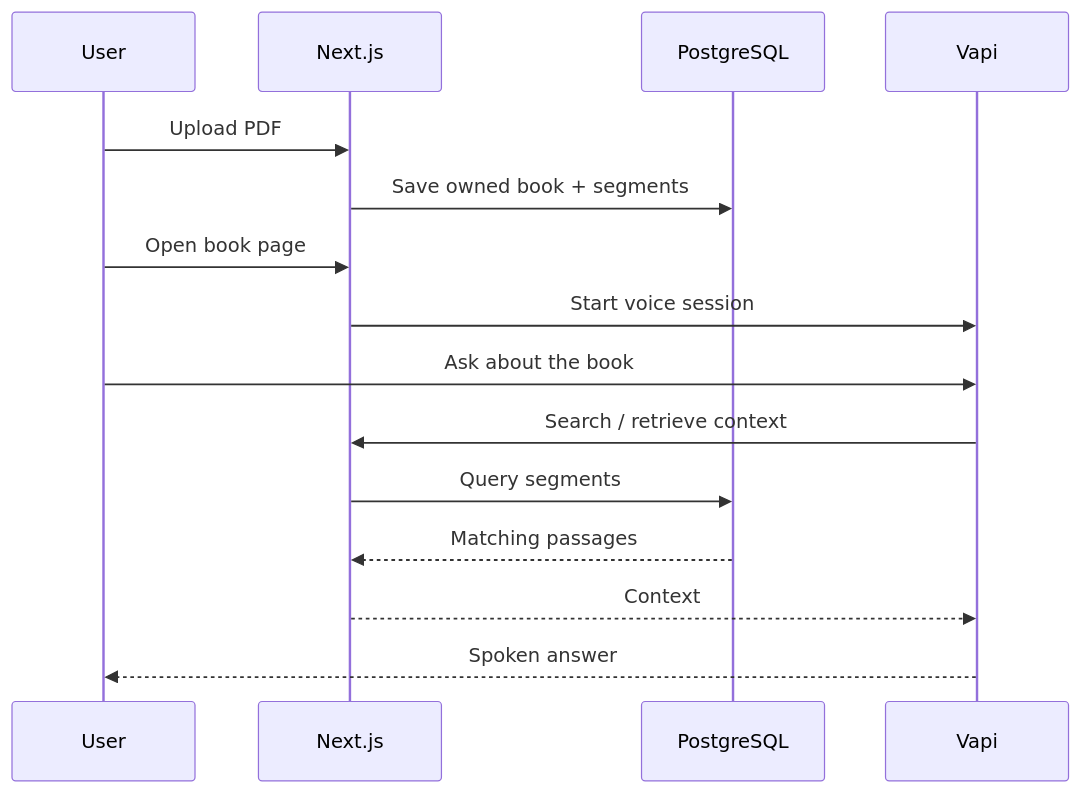
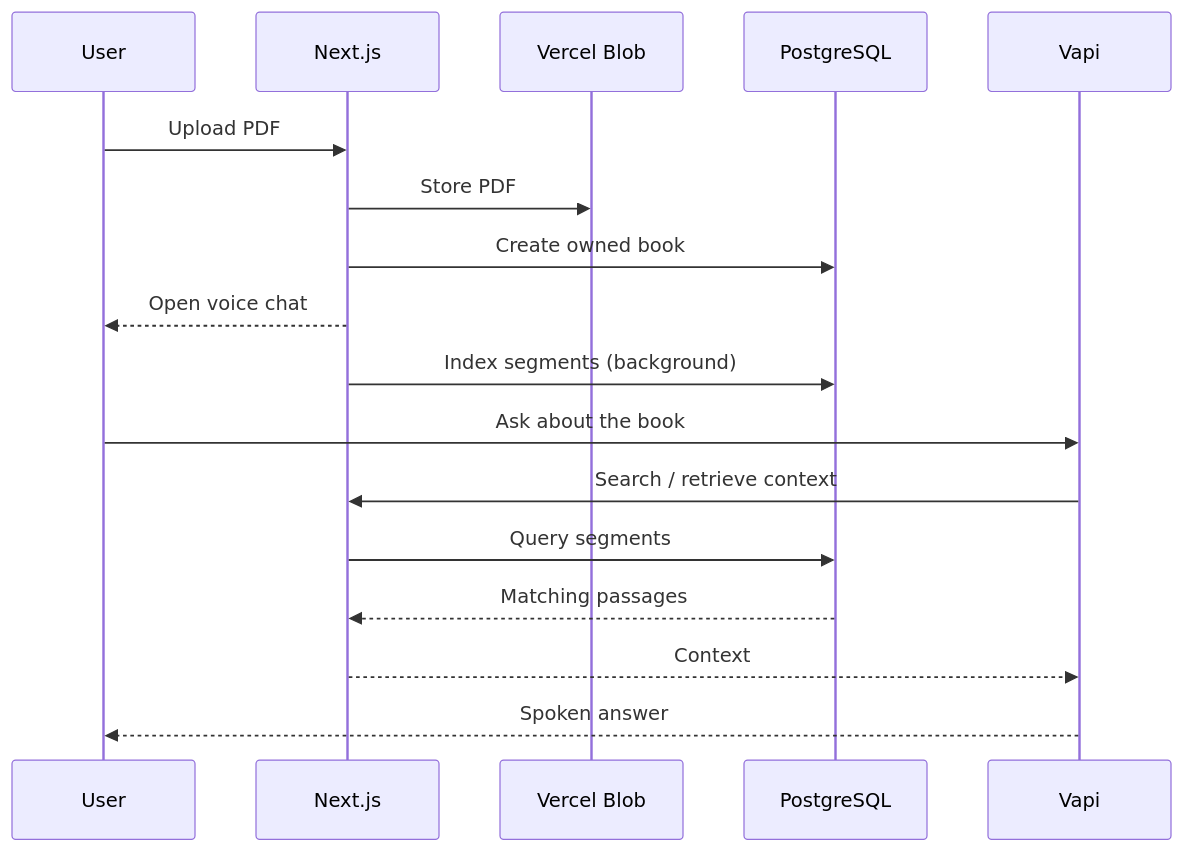
One commit to Bixal99/AIBookAssistant changed the second of 2 diagrams in README.md. Above: the diagram before and after it, drawn with Mermaid. The commit also changed other lines of this file, not shown here.

````diff
--- a/README.md
+++ b/README.md
@@ -129,18 +125,20 @@
 ```mermaid
 sequenceDiagram
   participant User
   participant Next as Next.js
+  participant Blob as Vercel Blob
   participant PG as PostgreSQL
   participant Vapi
 
   User->>Next: Upload PDF
-  Next->>PG: Save owned book + segments
-  User->>Next: Open book page
-  Next->>Vapi: Start voice session
+  Next->>Blob: Store PDF
+  Next->>PG: Create owned book
+  Next-->>User: Open voice chat
+  Next->>PG: Index segments (background)
   User->>Vapi: Ask about the book
   Vapi->>Next: Search / retrieve context
   Next->>PG: Query segments
   PG-->>Next: Matching passages
   Next-->>Vapi: Context
   Vapi-->>User: Spoken answer
 ```
````
